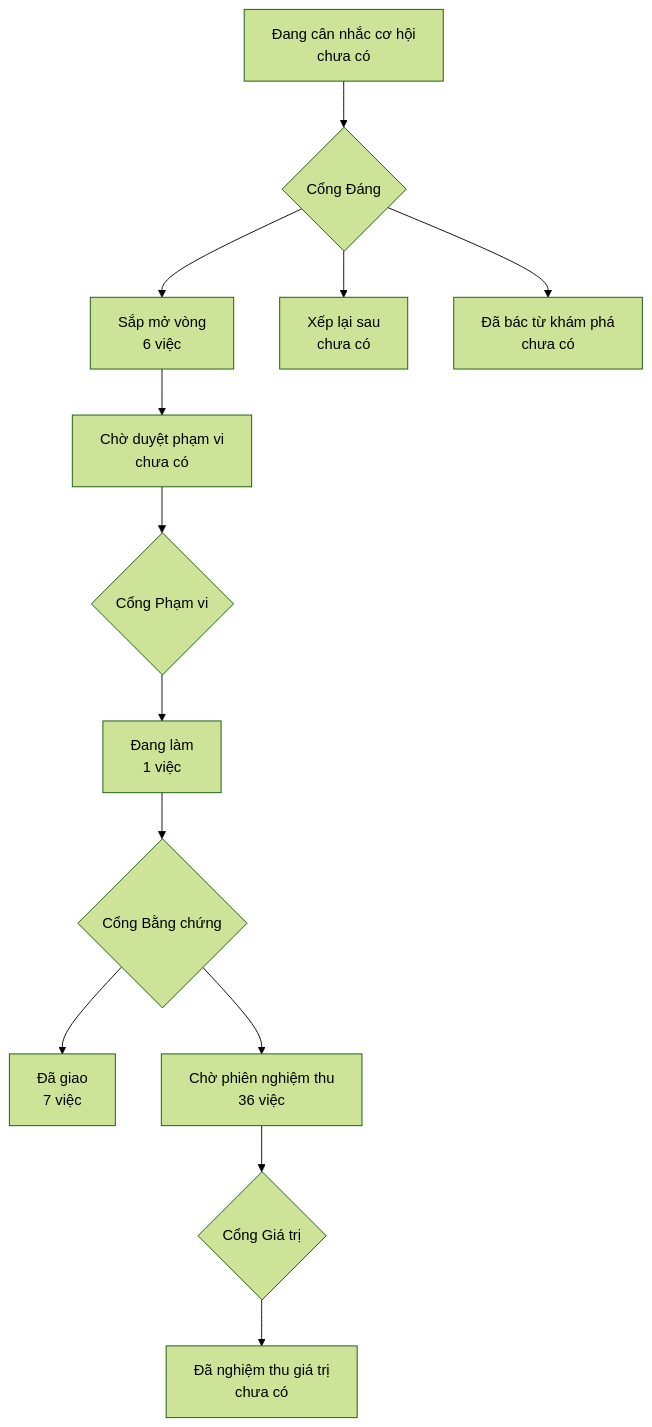
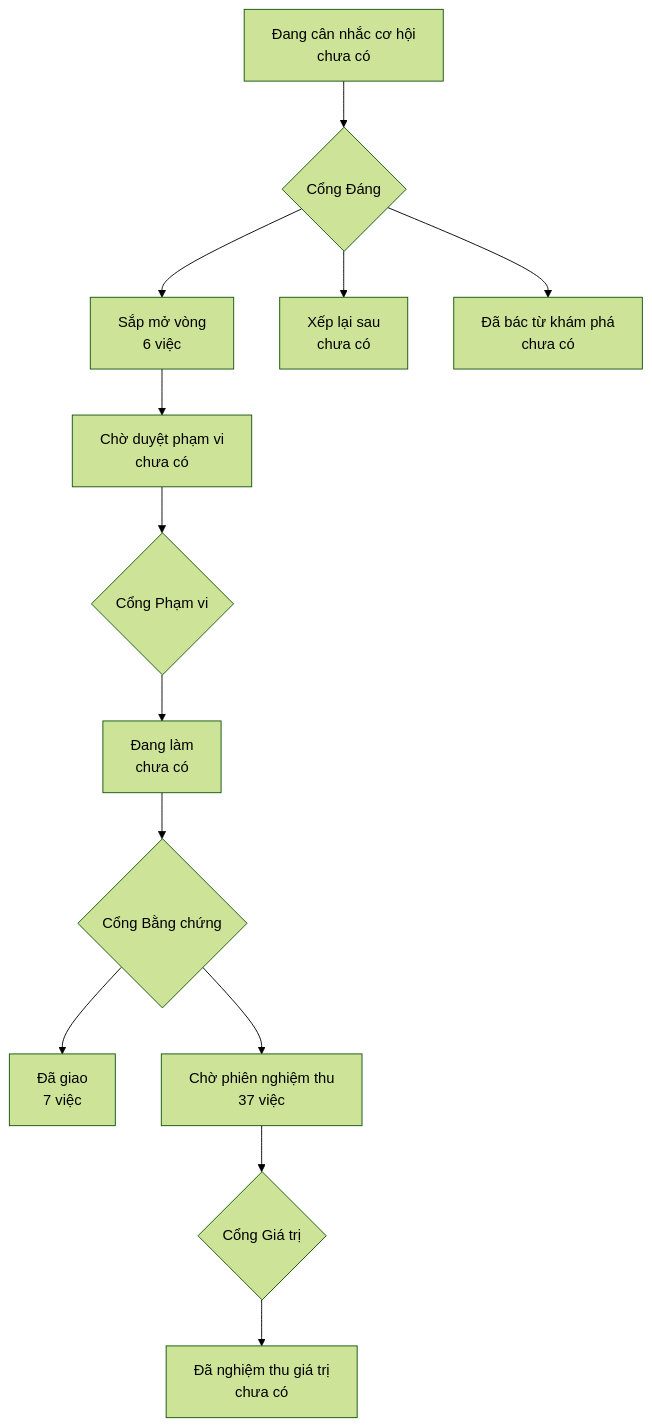
The diagram in PRODUCT-MAP.md (phanlemanh/onehub-quy-hang), drawn with Mermaid (forest theme) before and after one commit. The commit also changed other lines of this file and 17 other files, not shown here.

````diff
--- a/PRODUCT-MAP.md
+++ b/PRODUCT-MAP.md
@@ -7,12 +7,12 @@
 ```mermaid
 flowchart TD
   A["Đang cân nhắc cơ hội<br/>chưa có"] --> GD{"Cổng Đáng"}
   GD --> B["Sắp mở vòng<br/>6 việc"]
   GD --> XL["Xếp lại sau<br/>chưa có"]
   GD --> DB["Đã bác từ khám phá<br/>chưa có"]
   B --> CD["Chờ duyệt phạm vi<br/>chưa có"] --> GP{"Cổng Phạm vi"}
-  GP --> DL["Đang làm<br/>1 việc"] --> GB{"Cổng Bằng chứng"}
+  GP --> DL["Đang làm<br/>chưa có"] --> GB{"Cổng Bằng chứng"}
   GB --> DG["Đã giao<br/>7 việc"]
-  GB --> CN["Chờ phiên nghiệm thu<br/>36 việc"] --> GG{"Cổng Giá trị"}
+  GB --> CN["Chờ phiên nghiệm thu<br/>37 việc"] --> GG{"Cổng Giá trị"}
   GG --> NT["Đã nghiệm thu giá trị<br/>chưa có"]
 ```
````
